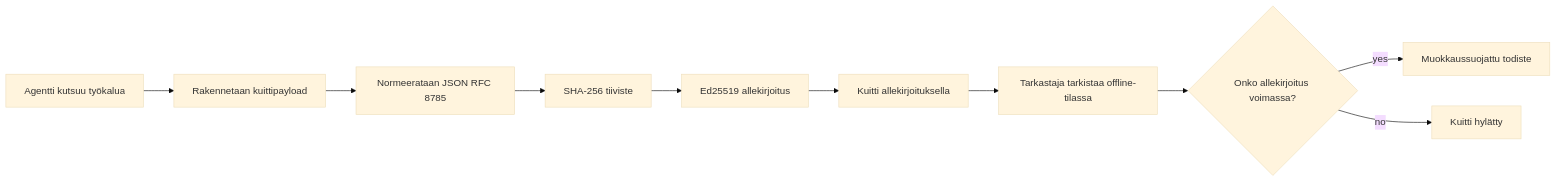
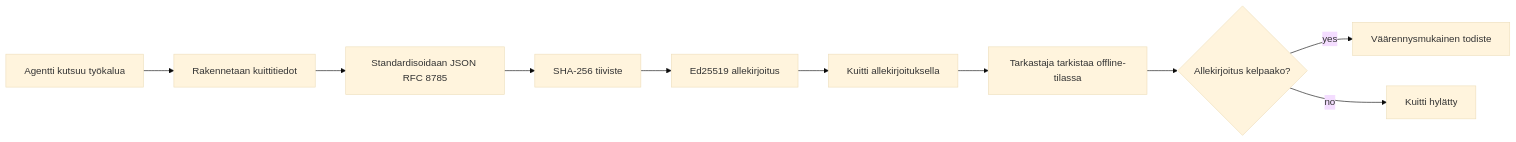
The first of 2 diagrams in mirrors/repos/microsoft@ai-agents-for-beginners/translations/fi/18-securing-ai-agents/README.md (gabrielmoreira/agent-skills-mirror), drawn with Mermaid (base theme) before and after one commit. The commit also changed other lines of this file and 2285 other files, not shown here.

````diff
--- a/mirrors/repos/microsoft@ai-agents-for-beginners/translations/fi/18-securing-ai-agents/README.md
+++ b/mirrors/repos/microsoft@ai-agents-for-beginners/translations/fi/18-securing-ai-agents/README.md
@@ -51,12 +51,12 @@
 ```mermaid
 flowchart LR
-    A[Agentti kutsuu työkalua] --> B[Rakennetaan kuittipayload]
-    B --> C[Normeerataan JSON RFC 8785]
+    A[Agentti kutsuu työkalua] --> B[Rakennetaan kuittitiedot]
+    B --> C[Standardisoidaan JSON RFC 8785]
     C --> D[SHA-256 tiiviste]
     D --> E[Ed25519 allekirjoitus]
     E --> F[Kuitti allekirjoituksella]
     F --> G[Tarkastaja tarkistaa offline-tilassa]
-    G --> H{Onko allekirjoitus voimassa?}
-    H -- yes --> I[Muokkaussuojattu todiste]
+    G --> H{Allekirjoitus kelpaako?}
+    H -- yes --> I[Väärennysmukainen todiste]
     H -- no --> J[Kuitti hylätty]
 ```
````
